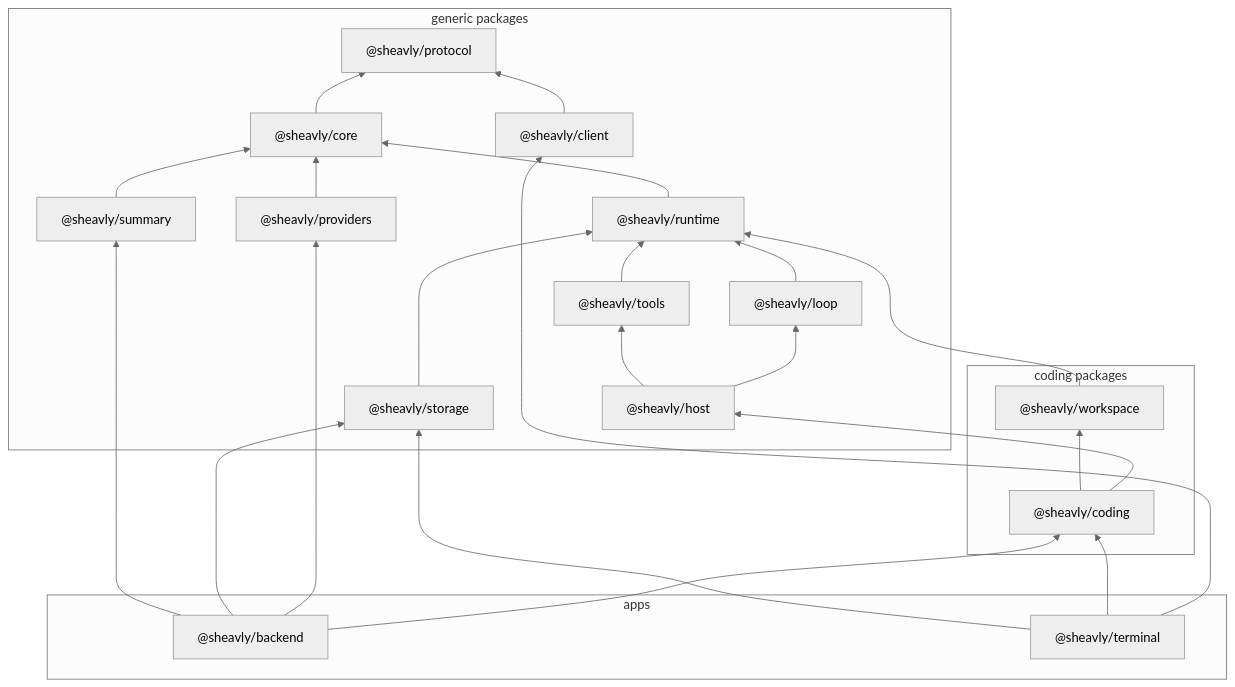
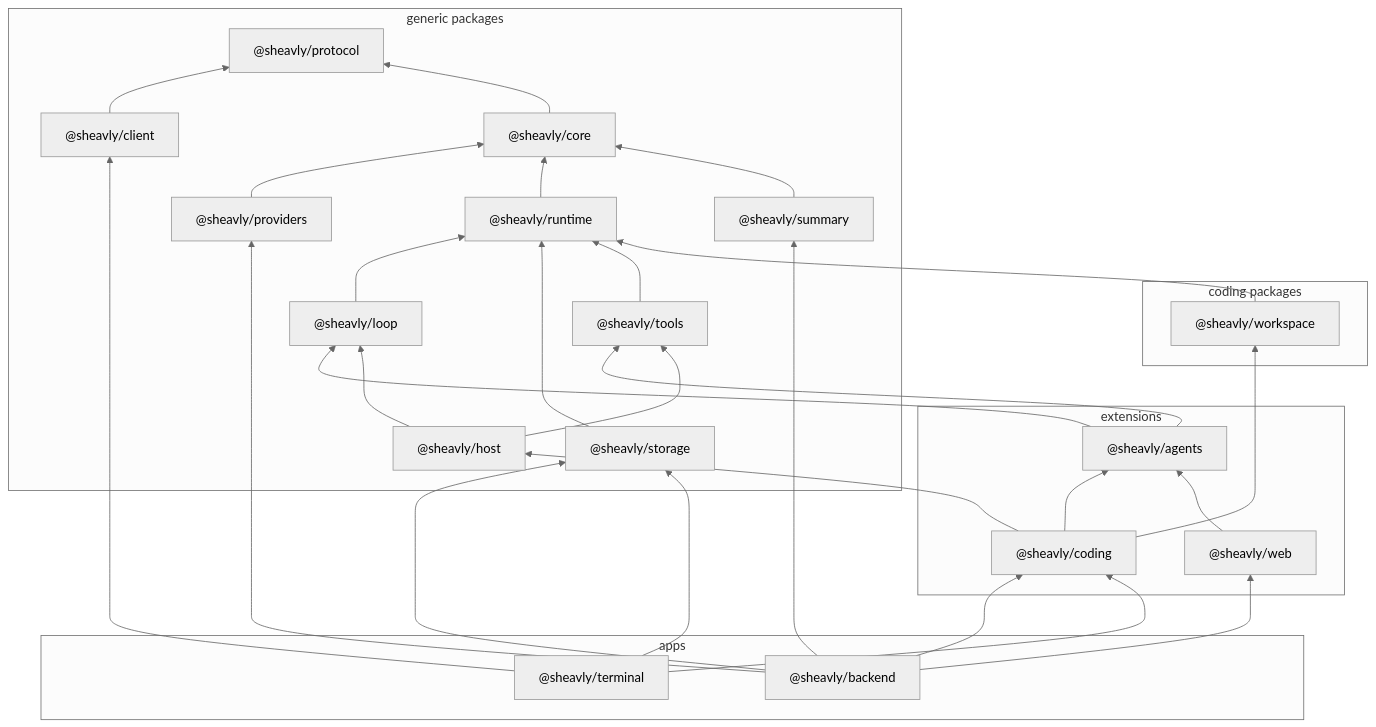
Before and after one commit to Sheavly/code: the diagram in docs/overview.md, drawn with Mermaid (neutral theme). The commit also changed other lines of this file and 170 other files, not shown here.

First line of the commit message:
refactor(coding): move the coding workspace to extensions/

````diff
--- a/docs/overview.md
+++ b/docs/overview.md
@@ -35,43 +35,52 @@
 ```mermaid
 flowchart BT
   subgraph group_generic ["generic packages"]
     client["@sheavly/client"]
     core["@sheavly/core"]
     host["@sheavly/host"]
     loop["@sheavly/loop"]
     protocol["@sheavly/protocol"]
     providers["@sheavly/providers"]
     runtime["@sheavly/runtime"]
     storage["@sheavly/storage"]
     summary["@sheavly/summary"]
     tools["@sheavly/tools"]
   end
   subgraph group_coding ["coding packages"]
+    workspace["@sheavly/workspace"]
+  end
+  subgraph group_extensions ["extensions"]
+    agents["@sheavly/agents"]
     coding["@sheavly/coding"]
-    workspace["@sheavly/workspace"]
+    web["@sheavly/web"]
   end
   subgraph group_apps ["apps"]
     backend["@sheavly/backend"]
     terminal["@sheavly/terminal"]
   end
+  agents --> loop
+  agents --> tools
   backend --> coding
   backend --> providers
   backend --> storage
   backend --> summary
+  backend --> web
   client --> protocol
+  coding --> agents
   coding --> host
   coding --> workspace
   core --> protocol
   host --> loop
   host --> tools
   loop --> runtime
   providers --> core
   runtime --> core
   storage --> runtime
   summary --> core
   terminal --> client
   terminal --> coding
   terminal --> storage
   tools --> runtime
+  web --> agents
   workspace --> runtime
 ```
````
